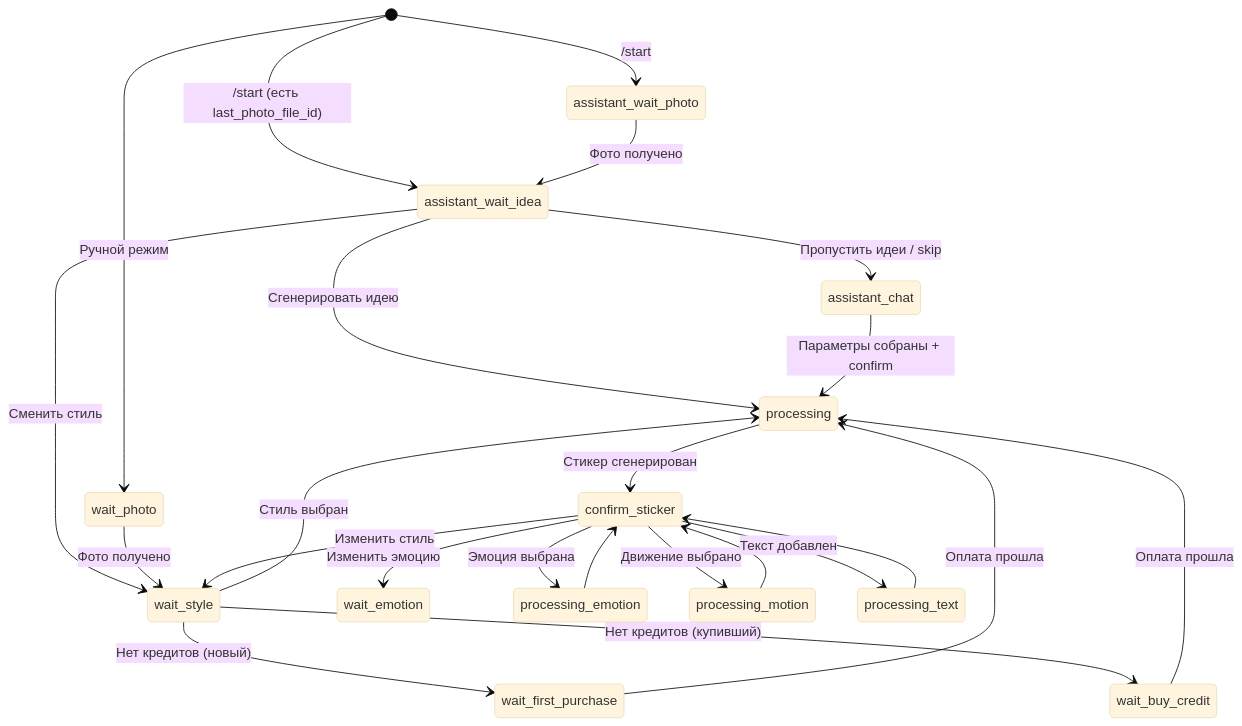
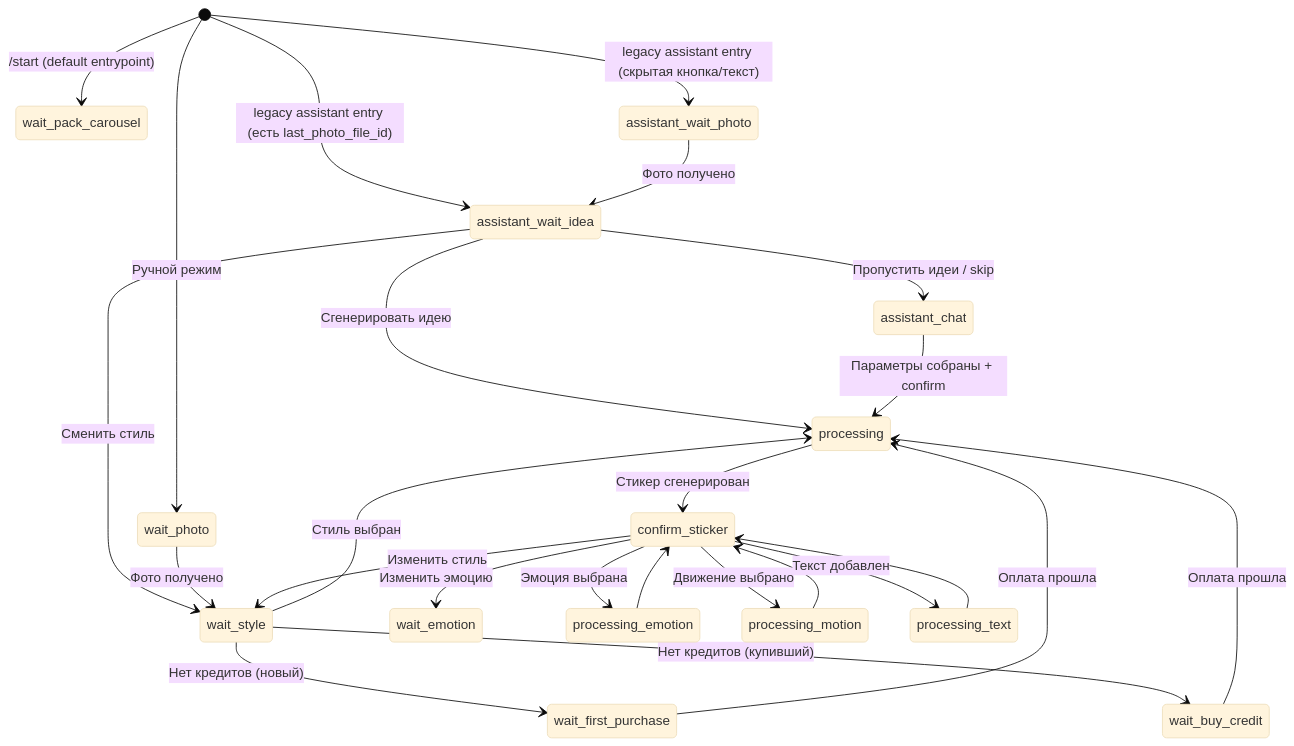
The first of 2 diagrams in docs/architecture/01-api-bot.md (mazarov/https-github.com-mazarov-photo2sticker-bot), drawn with Mermaid (base theme) before and after one commit. The commit also changed other lines of this file and 19 other files, not shown here.

First line of the commit message:
feat(pack): make pack default entrypoint and sync docs

````diff
--- a/docs/architecture/01-api-bot.md
+++ b/docs/architecture/01-api-bot.md
@@ -11,30 +11,31 @@
 ```mermaid
 stateDiagram-v2
-    [*] --> assistant_wait_photo: /start
-    [*] --> assistant_wait_idea: /start (есть last_photo_file_id)
+    [*] --> wait_pack_carousel: /start (default entrypoint)
+    [*] --> assistant_wait_photo: legacy assistant entry (скрытая кнопка/текст)
+    [*] --> assistant_wait_idea: legacy assistant entry (есть last_photo_file_id)
     assistant_wait_photo --> assistant_wait_idea: Фото получено
     assistant_wait_idea --> assistant_chat: Пропустить идеи / skip
     assistant_wait_idea --> processing: Сгенерировать идею
     assistant_wait_idea --> wait_style: Сменить стиль
     assistant_chat --> processing: Параметры собраны + confirm
 
     [*] --> wait_photo: Ручной режим
     wait_photo --> wait_style: Фото получено
     wait_style --> processing: Стиль выбран
 
     processing --> confirm_sticker: Стикер сгенерирован
     confirm_sticker --> wait_style: Изменить стиль
     confirm_sticker --> wait_emotion: Изменить эмоцию
     confirm_sticker --> processing_emotion: Эмоция выбрана
     confirm_sticker --> processing_motion: Движение выбрано
     confirm_sticker --> processing_text: Текст добавлен
 
     processing_emotion --> confirm_sticker
     processing_motion --> confirm_sticker
     processing_text --> confirm_sticker
 
     wait_style --> wait_first_purchase: Нет кредитов (новый)
     wait_style --> wait_buy_credit: Нет кредитов (купивший)
     wait_first_purchase --> processing: Оплата прошла
     wait_buy_credit --> processing: Оплата прошла
 ```
````
